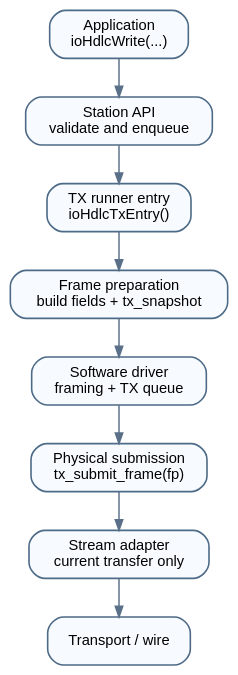
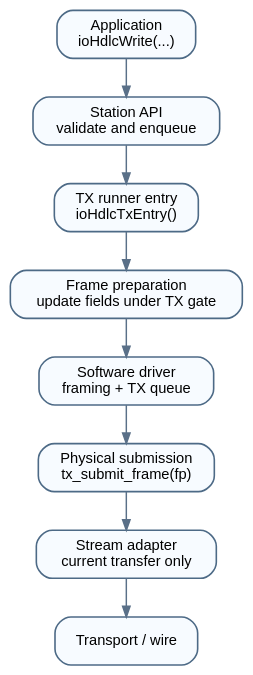
The diagram in doc/diagrams/src/tx_data_flow.dot (chibilogic/ioHdlc), drawn with Graphviz before and after one commit. The commit also changed 21 other files, not shown here.

```diff
--- a/doc/diagrams/src/tx_data_flow.dot
+++ b/doc/diagrams/src/tx_data_flow.dot
@@ -1,37 +1,37 @@
 digraph iohdlc_tx_data_flow {
   graph [
     rankdir=TB,
     splines=ortho,
     nodesep=0.35,
     ranksep=0.4,
     bgcolor="transparent"
   ];
 
   node [
     shape=box,
     style="rounded,filled",
     fillcolor="#f7fbff",
     color="#4d6a86",
     penwidth=1.2,
     fontname="Helvetica",
     fontsize=11,
     margin="0.14,0.08"
   ];
 
   edge [
     color="#5a7088",
     penwidth=1.1,
     arrowsize=0.8
   ];
 
   App [label="Application\nioHdlcWrite(...)"];
   Station [label="Station API\nvalidate and enqueue"];
   TxThread [label="TX runner entry\nioHdlcTxEntry()"];
-  Frame [label="Frame preparation\nbuild fields + tx_snapshot"];
+  Frame [label="Frame preparation\nupdate fields under TX gate"];
   Policy [label="Software driver\nframing + TX queue"];
   Driver [label="Physical submission\ntx_submit_frame(fp)"];
   Backend [label="Stream adapter\ncurrent transfer only"];
   Wire [label="Transport / wire"];
 
   App -> Station -> TxThread -> Frame -> Policy -> Driver -> Backend -> Wire;
 }
```
